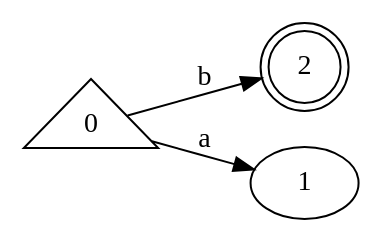
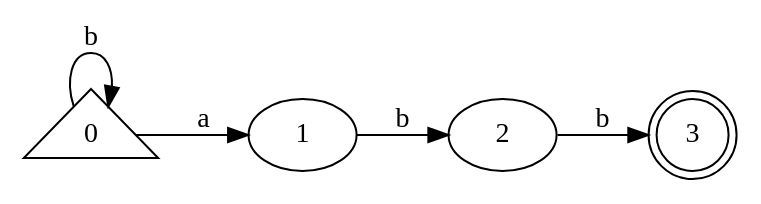
One commit to guillermoSb/UVG_Compis1_Lab changed the diagram in automaton.gv. Above: the diagram before and after it, drawn with Graphviz. The commit also changed 4 other files, not shown here.

```diff
--- a/automaton.gv
+++ b/automaton.gv
@@ -1,7 +1,11 @@
 digraph {
 	graph [rankdir=LR]
 	0 [shape=triangle]
-	2 [shape=doublecircle]
+	1
+	2
+	3 [shape=doublecircle]
+	0 -> 0 [label=b]
 	0 -> 1 [label=a]
-	0 -> 2 [label=b]
+	1 -> 2 [label=b]
+	2 -> 3 [label=b]
 }
```
